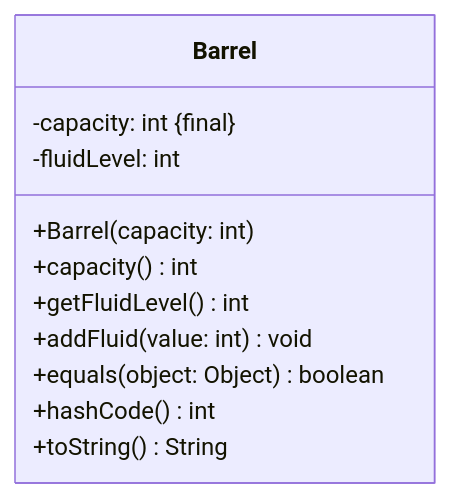
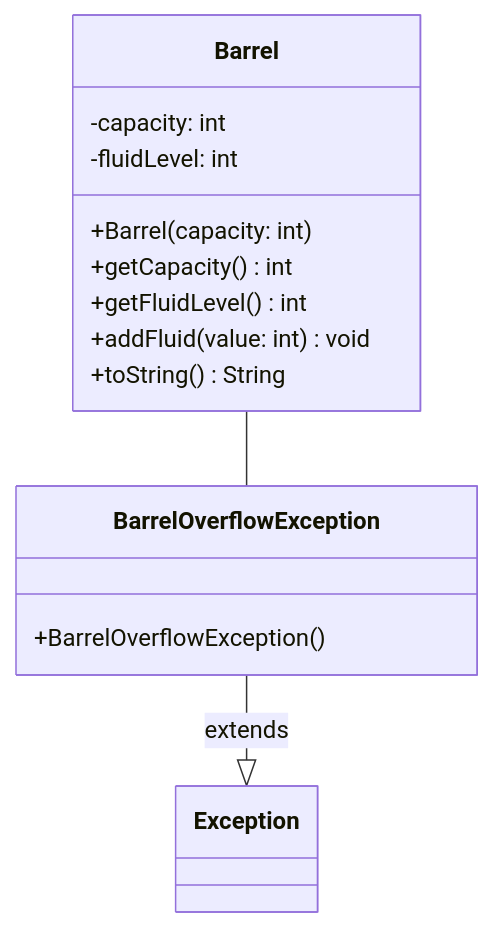
One commit to jappuccini/java-docs changed the diagram in docs/exercises/exceptions/exceptions02.mdx. Above: the diagram before and after it, drawn with Mermaid. The commit also changed other lines of this file and 2 other files, not shown here.

Commit message:
add mermaid diagrams for exception tasks

````diff
--- a/docs/exercises/exceptions/exceptions02.mdx
+++ b/docs/exercises/exceptions/exceptions02.mdx
@@ -15,15 +15,24 @@
 ```mermaid
 classDiagram
 
+    Barrel -- BarrelOverflowException
+    BarrelOverflowException --|> Exception : extends
+
     class Barrel {
-        -capacity: int &#123final&#125
+        -capacity: int
         -fluidLevel: int
         +Barrel(capacity: int)
-        +capacity() int
+        +getCapacity() int
         +getFluidLevel() int
         +addFluid(value: int) void
-        +equals(object: Object) boolean
-        +hashCode() int
         +toString() String
     }
+
+    class BarrelOverflowException {
+      +BarrelOverflowException()
+    }
+
+    class Exception {
+
+    }
 ```
````
